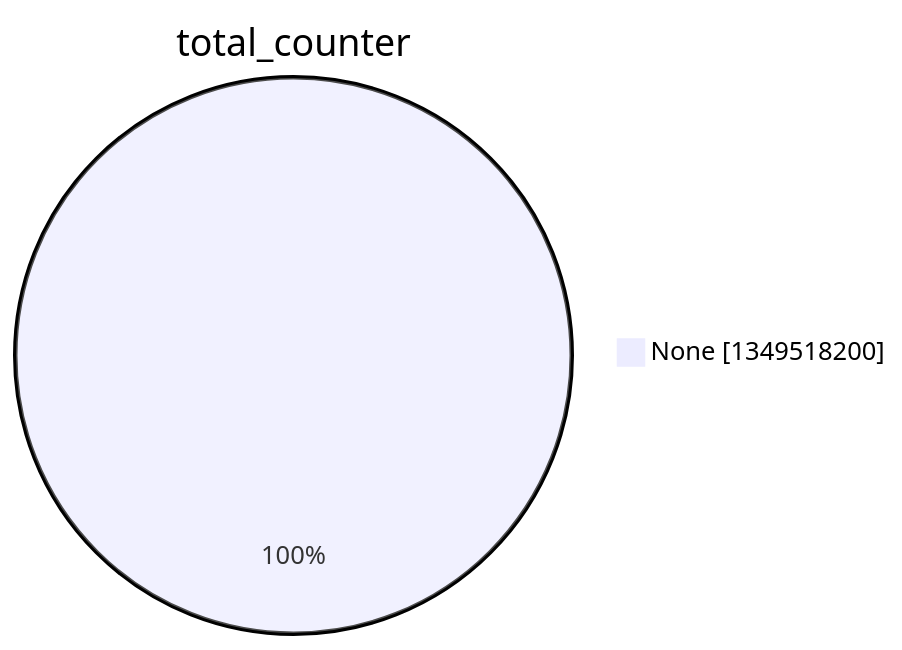
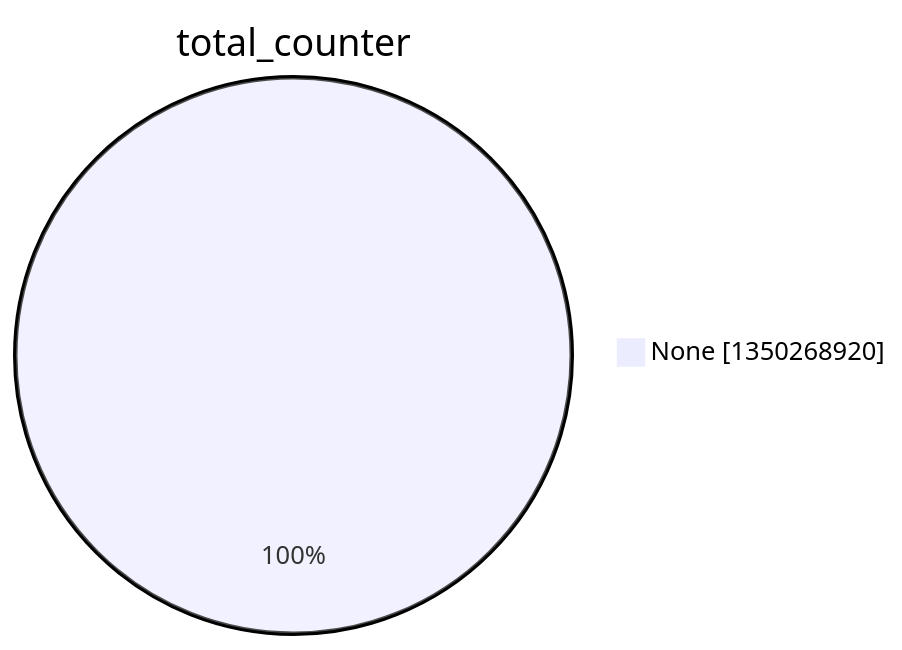
The second of 15 diagrams in argon2022/README.md (christiankrug/ctmonitor_visualization), drawn with Mermaid before and after one commit. The commit also changed other lines of this file, not shown here.

````diff
--- a/argon2022/README.md
+++ b/argon2022/README.md
@@ -9,5 +9,5 @@
 ```mermaid
 pie showData
 title total_counter
-"None" :1349518200
+"None" :1350268920
 ```
````
